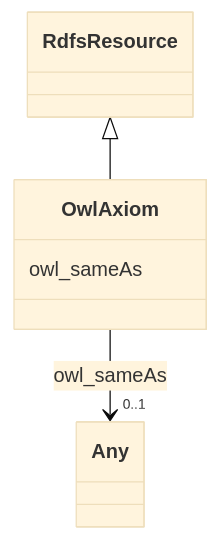
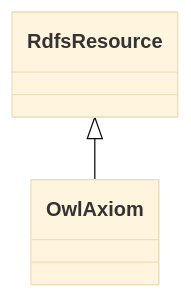
Before and after one commit to frink-okn/graph-descriptions: the diagram in fio-kg/classes/OwlAxiom.md, drawn with Mermaid (base theme). The commit also changed other lines of this file and 447 other files, not shown here.

````diff
--- a/fio-kg/classes/OwlAxiom.md
+++ b/fio-kg/classes/OwlAxiom.md
@@ -23,18 +21,9 @@
 ```mermaid
  classDiagram
     class OwlAxiom
     click OwlAxiom href "../OwlAxiom"
       RdfsResource <|-- OwlAxiom
         click RdfsResource href "../RdfsResource"
       
-      OwlAxiom : owl_sameAs
-        
-          
-    
-    
-    OwlAxiom --> "0..1" Any : owl_sameAs
-    click Any href "../Any"
-
-        
       
 ```
````
